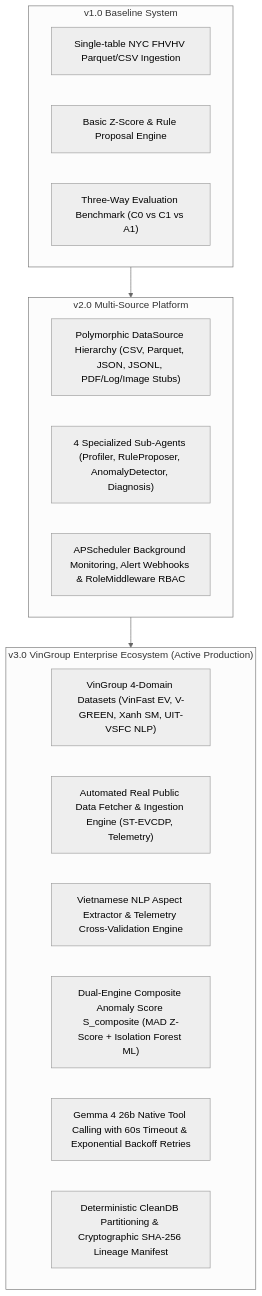
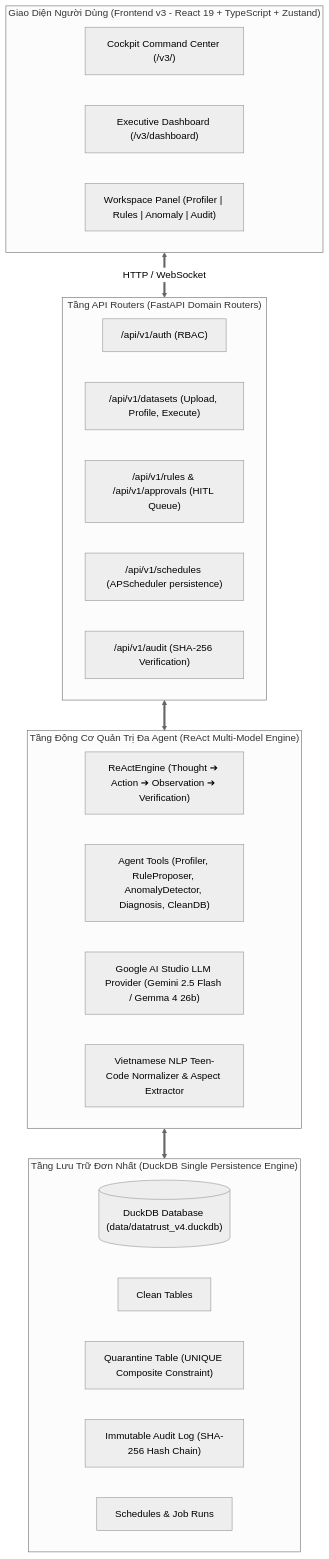
Before and after one commit to Dino1059/Phase2_VSF: the diagram in README.md, drawn with Mermaid (neutral theme). The commit also changed other lines of this file and 38 other files, not shown here.

Commit message:
docs: update full descriptive Vietnamese README.md for mentor setup and architecture overview

````diff
--- a/README.md
+++ b/README.md
@@ -53,26 +46,35 @@
 ```mermaid
 flowchart TD
-    subgraph v1_Scope["v1.0 Baseline System"]
-        v1_1["Single-table NYC FHVHV Parquet/CSV Ingestion"]
-        v1_2["Basic Z-Score & Rule Proposal Engine"]
-        v1_3["Three-Way Evaluation Benchmark (C0 vs C1 vs A1)"]
+    subgraph Frontend_Layer["Giao Diện Người Dùng (Frontend v3 - React 19 + TypeScript + Zustand)"]
+        UI_Cockpit["Cockpit Command Center (/v3/)"]
+        UI_Dash["Executive Dashboard (/v3/dashboard)"]
+        UI_Panel["Workspace Panel (Profiler | Rules | Anomaly | Audit)"]
     end
 
-    subgraph v2_Scope["v2.0 Multi-Source Platform"]
-        v2_1["Polymorphic DataSource Hierarchy (CSV, Parquet, JSON, JSONL, PDF/Log/Image Stubs)"]
-        v2_2["4 Specialized Sub-Agents (Profiler, RuleProposer, AnomalyDetector, Diagnosis)"]
-        v2_3["APScheduler Background Monitoring, Alert Webhooks & RoleMiddleware RBAC"]
+    subgraph API_Layer["Tầng API Routers (FastAPI Domain Routers)"]
+        API_Auth["/api/v1/auth (RBAC)"]
+        API_Datasets["/api/v1/datasets (Upload, Profile, Execute)"]
+        API_Rules["/api/v1/rules & /api/v1/approvals (HITL Queue)"]
+        API_Sched["/api/v1/schedules (APScheduler persistence)"]
+        API_Audit["/api/v1/audit (SHA-256 Verification)"]
     end
 
-    subgraph v3_Scope["v3.0 VinGroup Enterprise Ecosystem (Active Production)"]
-        v3_1["VinGroup 4-Domain Datasets (VinFast EV, V-GREEN, Xanh SM, UIT-VSFC NLP)"]
-        v3_2["Automated Real Public Data Fetcher & Ingestion Engine (ST-EVCDP, Telemetry)"]
-        v3_3["Vietnamese NLP Aspect Extractor & Telemetry Cross-Validation Engine"]
-        v3_4["Dual-Engine Composite Anomaly Score S_composite (MAD Z-Score + Isolation Forest ML)"]
-        v3_5["Gemma 4 26b Native Tool Calling with 60s Timeout & Exponential Backoff Retries"]
-        v3_6["Deterministic CleanDB Partitioning & Cryptographic SHA-256 Lineage Manifest"]
+    subgraph Engine_Layer["Tầng Động Cơ Quản Trị Đa Agent (ReAct Multi-Model Engine)"]
+        ReAct["ReActEngine (Thought ➔ Action ➔ Observation ➔ Verification)"]
+        Tools["Agent Tools (Profiler, RuleProposer, AnomalyDetector, Diagnosis, CleanDB)"]
+        LLM["Google AI Studio LLM Provider (Gemini 2.5 Flash / Gemma 4 26b)"]
+        NLP["Vietnamese NLP Teen-Code Normalizer & Aspect Extractor"]
     end
 
-    v1_Scope --> v2_Scope
-    v2_Scope --> v3_Scope
+    subgraph Storage_Layer["Tầng Lưu Trữ Đơn Nhất (DuckDB Single Persistence Engine)"]
+        DuckDB[("DuckDB Database (data/datatrust_v4.duckdb)")]
+        T_Clean["Clean Tables"]
+        T_Quarantine["Quarantine Table (UNIQUE Composite Constraint)"]
+        T_Audit["Immutable Audit Log (SHA-256 Hash Chain)"]
+        T_Sched["Schedules & Job Runs"]
+    end
+
+    Frontend_Layer <==>|HTTP / WebSocket| API_Layer
+    API_Layer <==> Engine_Layer
+    Engine_Layer <==> Storage_Layer
 ```
````
